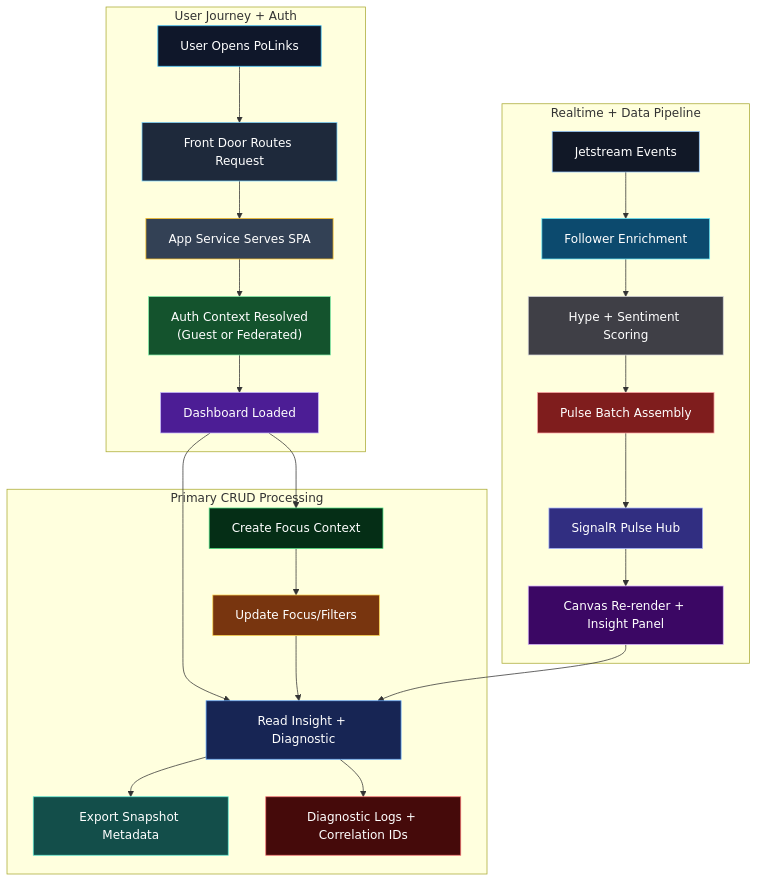
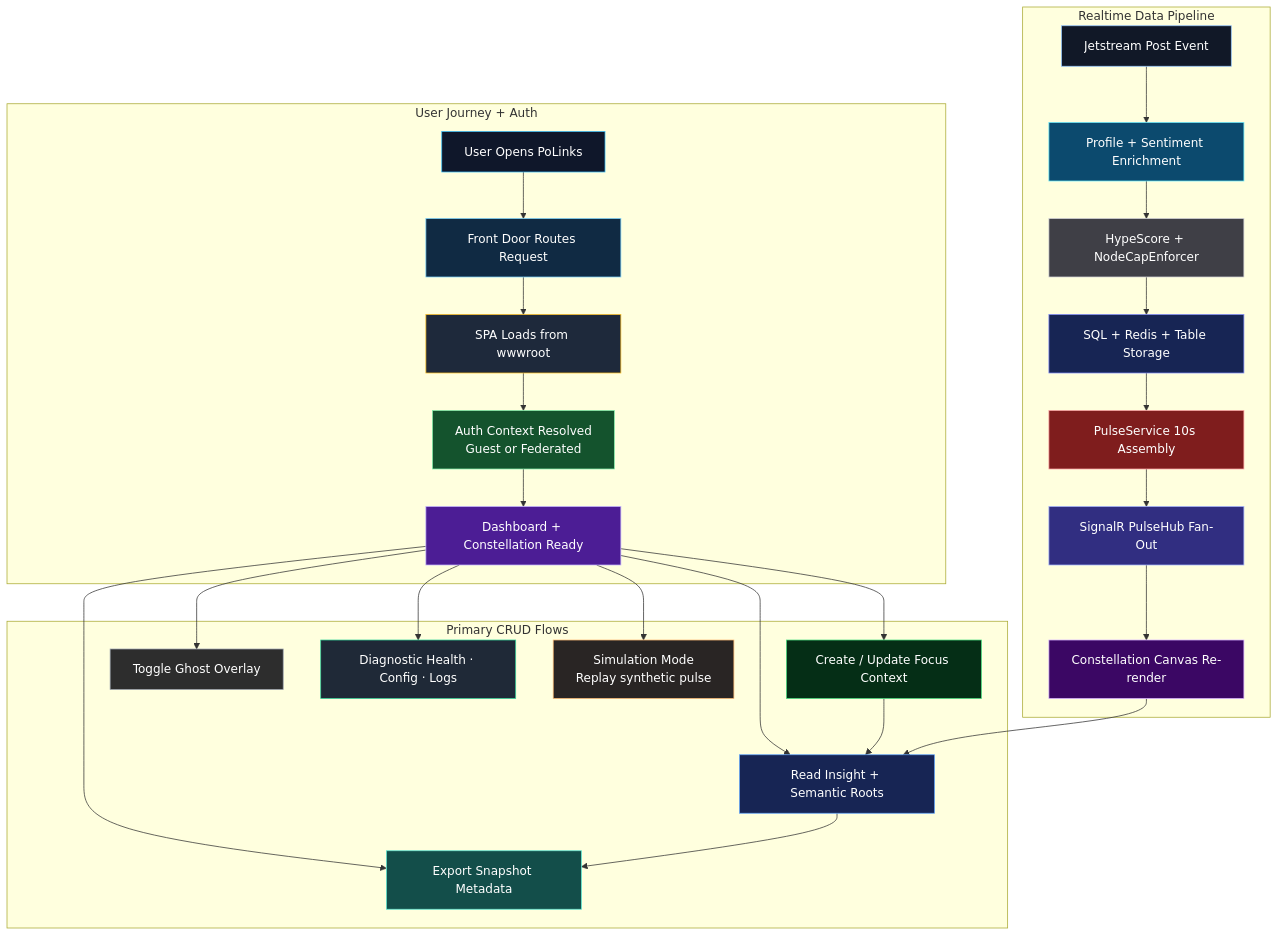
One commit to punkouter26/PoLinks changed the diagram in docs/SystemFlow.mmd. Above: the diagram before and after it, drawn with Mermaid. The commit also changed 67 other files, not shown here.

```diff
--- a/docs/SystemFlow.mmd
+++ b/docs/SystemFlow.mmd
@@ -1,53 +1,60 @@
 flowchart TB
     subgraph Journey["User Journey + Auth"]
         START["User Opens PoLinks"]
-        NAV["Front Door Routes Request"]
-        APP["App Service Serves SPA"]
-        AUTH["Auth Context Resolved\n(Guest or Federated)"]
-        DASH["Dashboard Loaded"]
+        FD["Front Door Routes Request"]
+        SPA["SPA Loads from wwwroot"]
+        AUTH["Auth Context Resolved\nGuest or Federated"]
+        DASH["Dashboard + Constellation Ready"]
     end
 
-    subgraph PulsePipeline["Realtime + Data Pipeline"]
-        JET["Jetstream Events"]
-        ENRICH["Follower Enrichment"]
-        SCORE["Hype + Sentiment Scoring"]
-        PULSE["Pulse Batch Assembly"]
-        HUB["SignalR Pulse Hub"]
-        UI["Canvas Re-render + Insight Panel"]
+    subgraph Pipeline["Realtime Data Pipeline"]
+        JET["Jetstream Post Event"]
+        ENRICH["Profile + Sentiment Enrichment"]
+        HYPE["HypeScore + NodeCapEnforcer"]
+        PERSIST["SQL + Redis + Table Storage"]
+        PULSE["PulseService 10s Assembly"]
+        HUB["SignalR PulseHub Fan-Out"]
+        CANVAS["Constellation Canvas Re-render"]
     end
 
-    subgraph CrudFlow["Primary CRUD Processing"]
-        CREATE["Create Focus Context"]
-        READ["Read Insight + Diagnostic"]
-        UPDATE["Update Focus/Filters"]
+    subgraph CRUD["Primary CRUD Flows"]
+        FOCUS["Create / Update Focus Context"]
+        INSIGHT["Read Insight + Semantic Roots"]
+        GHOST["Toggle Ghost Overlay"]
         EXPORT["Export Snapshot Metadata"]
-        LOGS["Diagnostic Logs + Correlation IDs"]
+        DIAG["Diagnostic Health · Config · Logs"]
+        SIM["Simulation Mode\nReplay synthetic pulse"]
     end
 
-    START --> NAV --> APP --> AUTH --> DASH
-    DASH --> READ
-    DASH --> CREATE
-    CREATE --> UPDATE
-    UPDATE --> READ
-    READ --> EXPORT
-    READ --> LOGS
+    START --> FD --> SPA --> AUTH --> DASH
+    DASH --> FOCUS
+    DASH --> INSIGHT
+    DASH --> GHOST
+    DASH --> EXPORT
+    DASH --> DIAG
+    DASH --> SIM
 
-    JET --> ENRICH --> SCORE --> PULSE --> HUB --> UI
-    UI --> READ
+    FOCUS --> INSIGHT
+    INSIGHT --> EXPORT
+
+    JET --> ENRICH --> HYPE --> PERSIST --> PULSE --> HUB --> CANVAS
+    CANVAS --> INSIGHT
 
     style START fill:#0f172a,stroke:#38bdf8,color:#fff
-    style NAV fill:#1e293b,stroke:#7dd3fc,color:#fff
-    style APP fill:#334155,stroke:#fbbf24,color:#fff
+    style FD fill:#102a43,stroke:#7dd3fc,color:#fff
+    style SPA fill:#1e293b,stroke:#fbbf24,color:#fff
     style AUTH fill:#14532d,stroke:#86efac,color:#fff
     style DASH fill:#4c1d95,stroke:#c4b5fd,color:#fff
     style JET fill:#111827,stroke:#93c5fd,color:#fff
     style ENRICH fill:#0c4a6e,stroke:#67e8f9,color:#fff
-    style SCORE fill:#3f3f46,stroke:#d4d4d8,color:#fff
+    style HYPE fill:#3f3f46,stroke:#d4d4d8,color:#fff
+    style PERSIST fill:#172554,stroke:#818cf8,color:#fff
     style PULSE fill:#7f1d1d,stroke:#fca5a5,color:#fff
     style HUB fill:#312e81,stroke:#a5b4fc,color:#fff
-    style UI fill:#3b0764,stroke:#d8b4fe,color:#fff
-    style CREATE fill:#052e16,stroke:#4ade80,color:#fff
-    style READ fill:#172554,stroke:#60a5fa,color:#fff
-    style UPDATE fill:#78350f,stroke:#fcd34d,color:#fff
+    style CANVAS fill:#3b0764,stroke:#d8b4fe,color:#fff
+    style FOCUS fill:#052e16,stroke:#4ade80,color:#fff
+    style INSIGHT fill:#172554,stroke:#60a5fa,color:#fff
+    style GHOST fill:#2d2d2d,stroke:#9ca3af,color:#fff
     style EXPORT fill:#134e4a,stroke:#5eead4,color:#fff
-    style LOGS fill:#450a0a,stroke:#f87171,color:#fff
+    style DIAG fill:#1f2937,stroke:#34d399,color:#fff
+    style SIM fill:#292524,stroke:#fdba74,color:#fff
```
